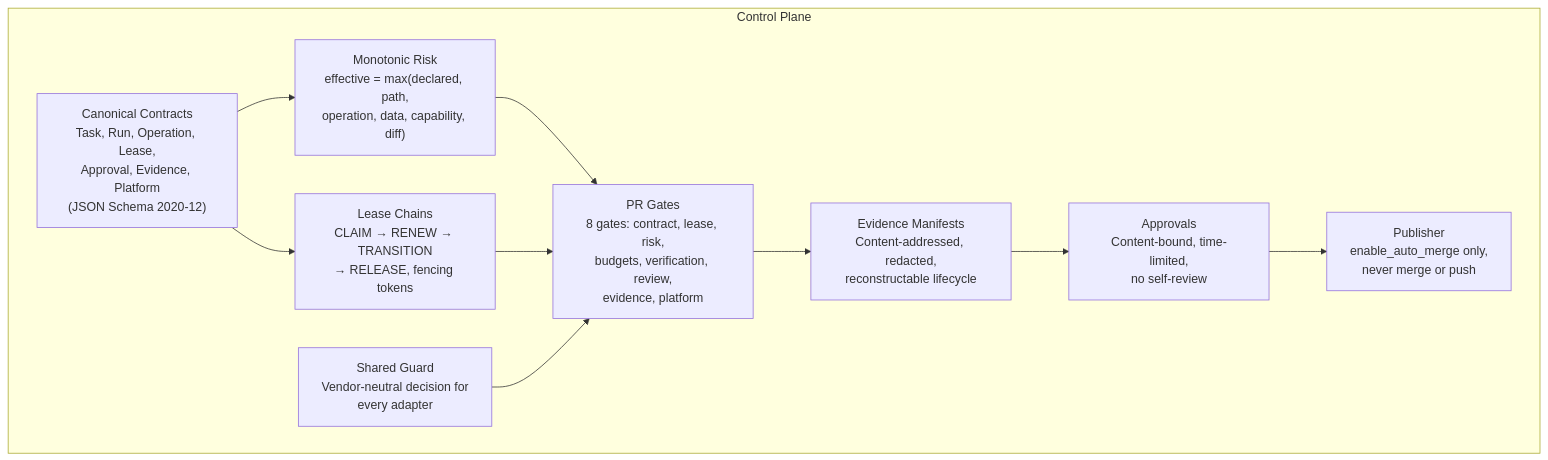
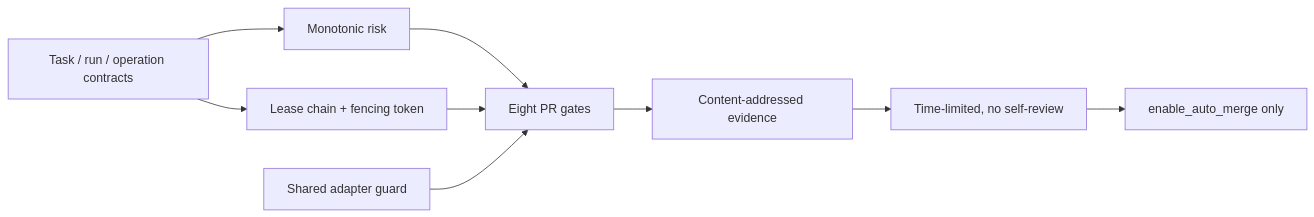
Before and after one commit to drferdi/Monorepo-safrs: the second of 4 diagrams in sentrawiki/overview/architecture.md, drawn with Mermaid. The commit also changed other lines of this file and 197 other files, not shown here.

First line of the commit message:
feat(control-plane): curate library, register docs, and harden gitignore

````diff
--- a/sentrawiki/overview/architecture.md
+++ b/sentrawiki/overview/architecture.md
@@ -23,22 +31,11 @@
 ```mermaid
-graph TD
-    subgraph Control Plane
-        CT["Canonical Contracts<br/>Task, Run, Operation, Lease,<br/>Approval, Evidence, Platform<br/>(JSON Schema 2020-12)"]
-        RK["Monotonic Risk<br/>effective = max(declared, path,<br/>operation, data, capability, diff)"]
-        LS["Lease Chains<br/>CLAIM → RENEW → TRANSITION<br/>→ RELEASE, fencing tokens"]
-        GT["PR Gates<br/>8 gates: contract, lease, risk,<br/>budgets, verification, review,<br/>evidence, platform"]
-        EV["Evidence Manifests<br/>Content-addressed, redacted,<br/>reconstructable lifecycle"]
-        AP["Approvals<br/>Content-bound, time-limited,<br/>no self-review"]
-        PB["Publisher<br/>enable_auto_merge only,<br/>never merge or push"]
-        GD["Shared Guard<br/>Vendor-neutral decision for<br/>every adapter"]
-    end
-
-    CT --> RK
-    CT --> LS
-    RK --> GT
-    LS --> GT
-    GT --> EV
-    EV --> AP
-    AP --> PB
-    GD --> GT
+flowchart LR
+  Contract["Task / run / operation contracts"] --> Risk["Monotonic risk"]
+  Contract --> Lease["Lease chain + fencing token"]
+  Risk --> Gates["Eight PR gates"]
+  Lease --> Gates
+  Gates --> Evidence["Content-addressed evidence"]
+  Evidence --> Approval["Time-limited, no self-review"]
+  Approval --> Publisher["enable_auto_merge only"]
+  Guard["Shared adapter guard"] --> Gates
 ```
````
